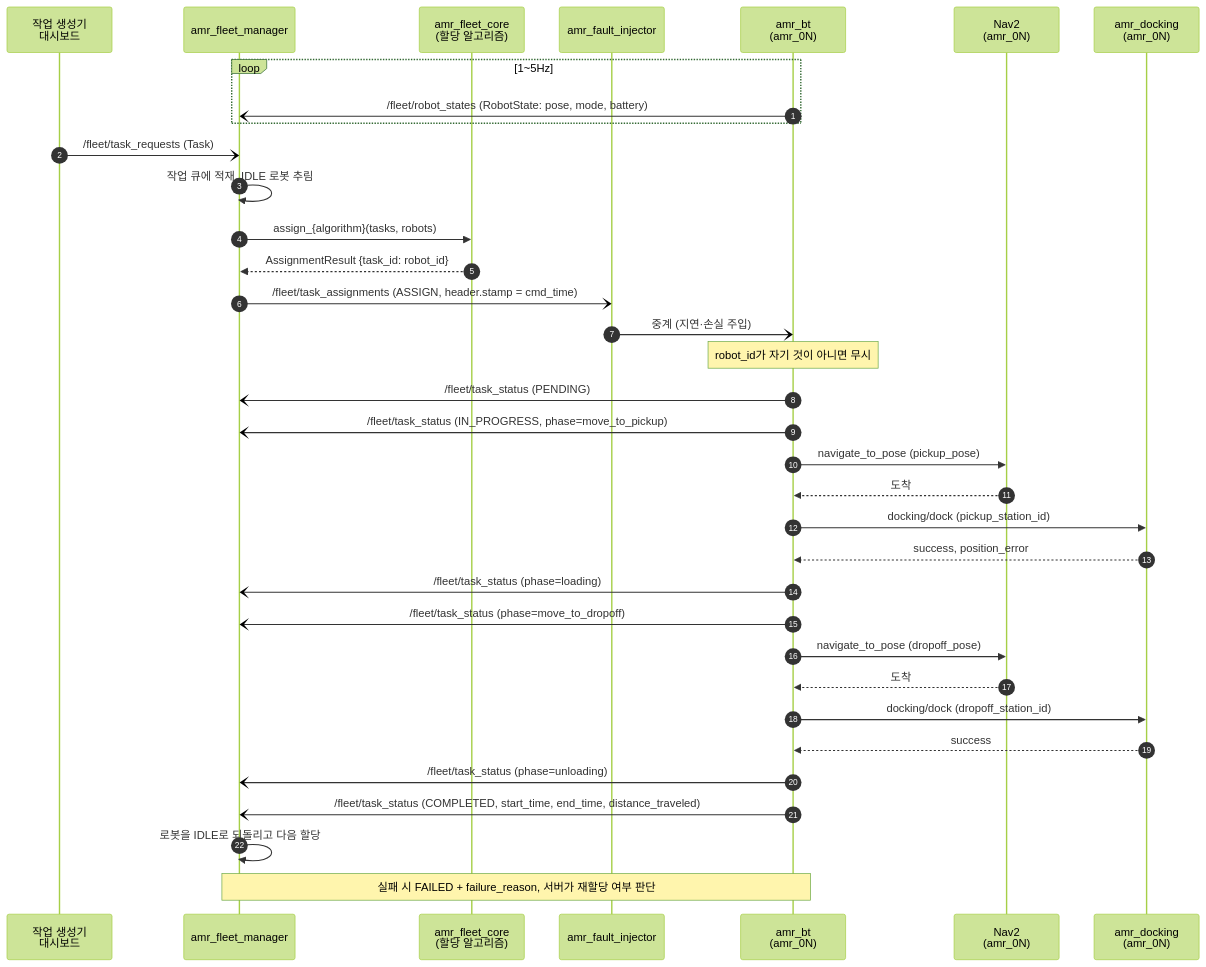
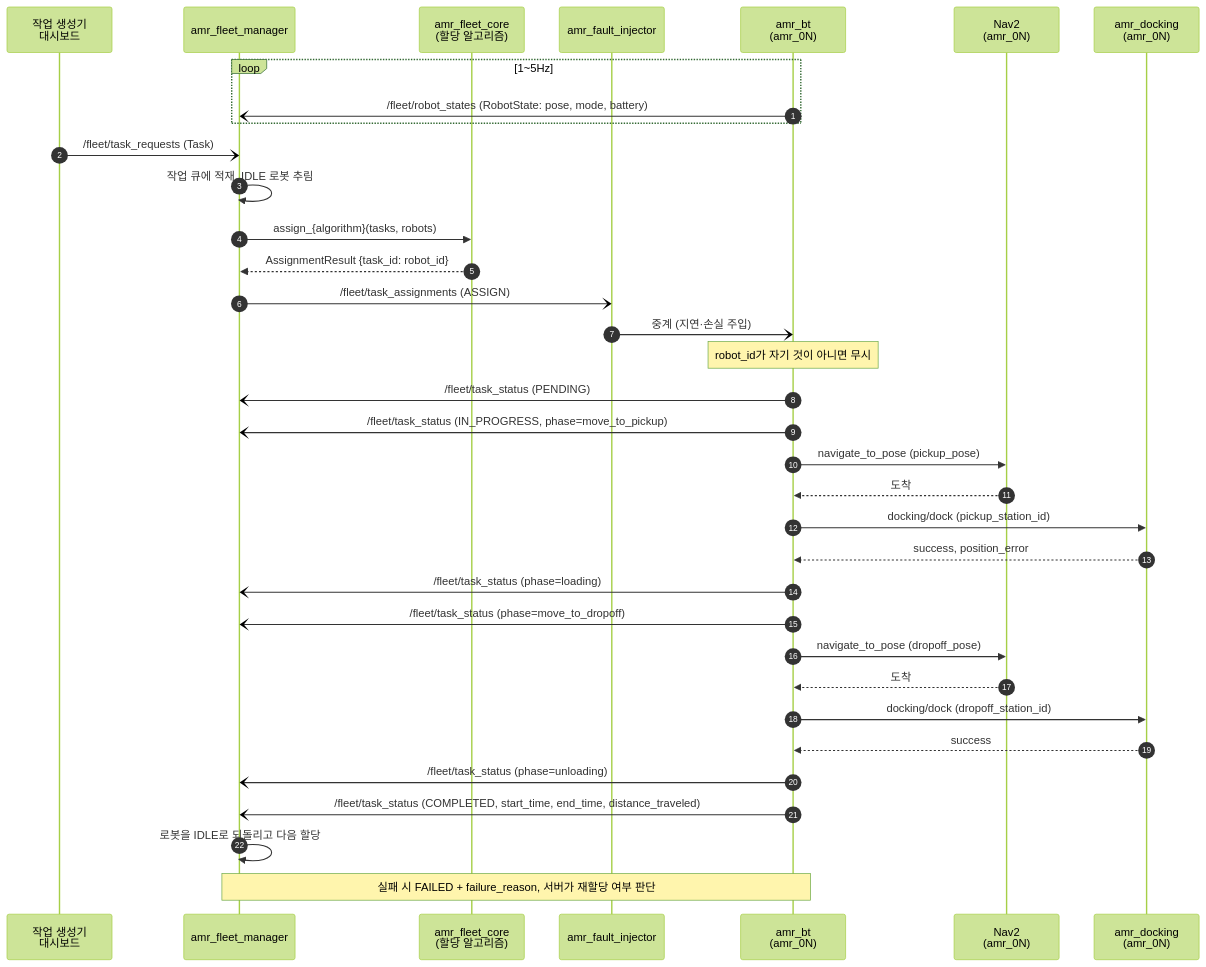
One commit to 5verflow-sogang/amr-fleet-system changed the second of 2 diagrams in docs/architecture.md. Above: the diagram before and after it, drawn with Mermaid (forest theme). The commit also changed other lines of this file, not shown here.

Commit message:
docs(architecture): 시퀀스 다이어그램의 cmd_time 표기를 기록기 수신 시각 기준으로 수정

````diff
--- a/docs/architecture.md
+++ b/docs/architecture.md
@@ -134,42 +134,42 @@
 ```mermaid
 sequenceDiagram
   autonumber
   participant GEN as 작업 생성기<br/>대시보드
   participant FM as amr_fleet_manager
   participant CORE as amr_fleet_core<br/>(할당 알고리즘)
   participant FI as amr_fault_injector
   participant BT as amr_bt<br/>(amr_0N)
   participant NAV as Nav2<br/>(amr_0N)
   participant DOCK as amr_docking<br/>(amr_0N)
 
   loop 1~5Hz
     BT-)FM: /fleet/robot_states (RobotState: pose, mode, battery)
   end
 
   GEN-)FM: /fleet/task_requests (Task)
   FM->>FM: 작업 큐에 적재, IDLE 로봇 추림
   FM->>CORE: assign_{algorithm}(tasks, robots)
   CORE-->>FM: AssignmentResult {task_id: robot_id}
-  FM-)FI: /fleet/task_assignments (ASSIGN, header.stamp = cmd_time)
+  FM-)FI: /fleet/task_assignments (ASSIGN)
   FI-)BT: 중계 (지연·손실 주입)
   Note over BT: robot_id가 자기 것이 아니면 무시
   BT-)FM: /fleet/task_status (PENDING)
   BT-)FM: /fleet/task_status (IN_PROGRESS, phase=move_to_pickup)
 
   BT->>NAV: navigate_to_pose (pickup_pose)
   NAV-->>BT: 도착
   BT->>DOCK: docking/dock (pickup_station_id)
   DOCK-->>BT: success, position_error
   BT-)FM: /fleet/task_status (phase=loading)
 
   BT-)FM: /fleet/task_status (phase=move_to_dropoff)
   BT->>NAV: navigate_to_pose (dropoff_pose)
   NAV-->>BT: 도착
   BT->>DOCK: docking/dock (dropoff_station_id)
   DOCK-->>BT: success
   BT-)FM: /fleet/task_status (phase=unloading)
 
   BT-)FM: /fleet/task_status (COMPLETED, start_time, end_time, distance_traveled)
   FM->>FM: 로봇을 IDLE로 되돌리고 다음 할당
   Note over FM,BT: 실패 시 FAILED + failure_reason, 서버가 재할당 여부 판단
 ```
````
